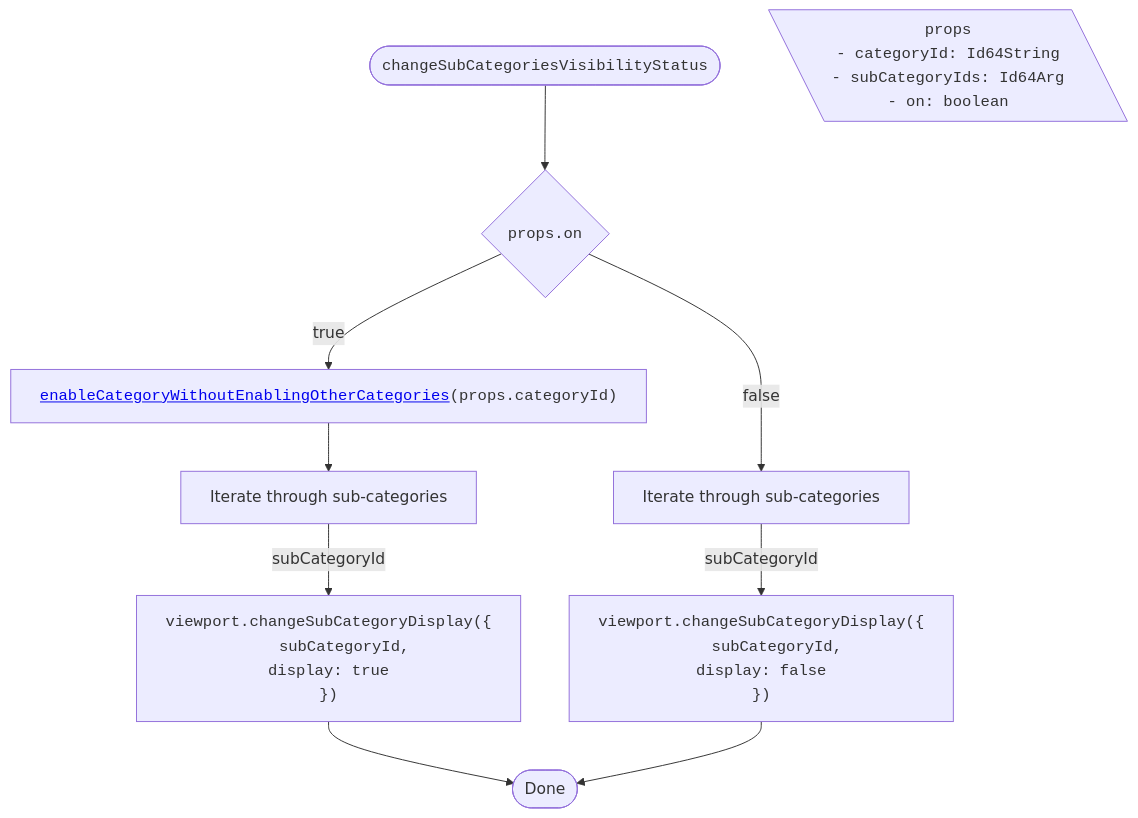
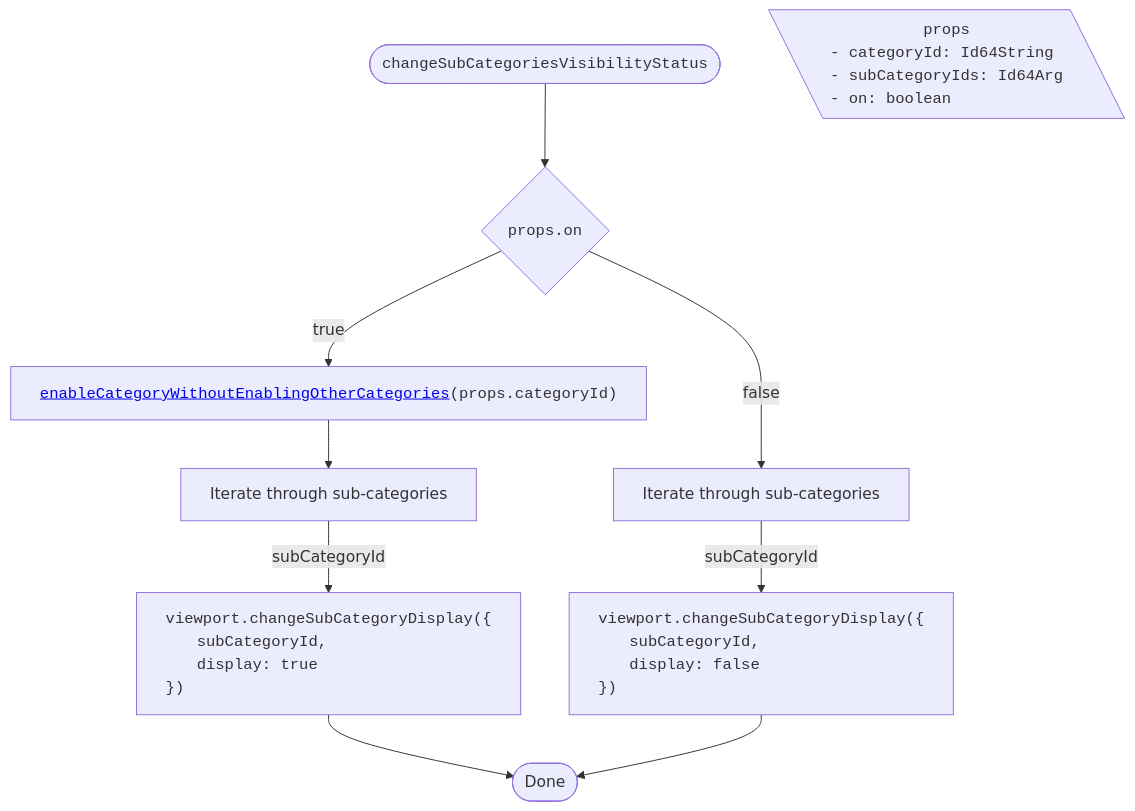
Before and after one commit to iTwin/viewer-components-react: the third of 4 diagrams in packages/itwin/tree-widget/docs/CategoriesTreeVisibilityHandling.md, drawn with Mermaid. The commit also changed other lines of this file and 3 other files, not shown here.

````diff
--- a/packages/itwin/tree-widget/docs/CategoriesTreeVisibilityHandling.md
+++ b/packages/itwin/tree-widget/docs/CategoriesTreeVisibilityHandling.md
@@ -97,37 +97,37 @@
 ```mermaid
 ---
 config:
   flowchart:
     wrappingWidth: 750
     useMaxWidth: false
 ---
 
 flowchart TD
   RESULT_Done([Done])
 
   %% Start
   TITLE(["<code>changeSubCategoriesVisibilityStatus</code>"]) --> A{"<code>props.on</code>"}
 
   PROPS[\"
     <code>props</code>
-    <code style='text-align: left;'>- categoryId: Id64String<br/>- subCategoryIds: Id64Arg<br/>- on: boolean</code>
+    <code style='display: block; text-align: left;'>- categoryId: Id64String<br/>- subCategoryIds: Id64Arg<br/>- on: boolean</code>
   "\]
 
   %% Branch on=true
   A -- true --> B["<code><a href='#enablecategorywithoutenablingothercategories'>enableCategoryWithoutEnablingOtherCategories</a>(props.categoryId)</code>"]
   B --> C["Iterate through sub-categories"]
-  C -- subCategoryId --> C1["<code style='text-align: left;'>viewport.changeSubCategoryDisplay({
-    <code style='padding-left: 2rem'>subCategoryId,
-    display: true</code>
+  C -- subCategoryId --> C1["<code style='display: block; text-align: left;'>viewport.changeSubCategoryDisplay({
+    <code style='padding-left: 2rem'>subCategoryId,</code>
+    <code style='padding-left: 2rem'>display: true</code>
   })</code>"]
 
   %% Branch on=false
   A -- false --> D["Iterate through sub-categories"]
-  D -- subCategoryId --> D1["<code style='text-align: left;'>viewport.changeSubCategoryDisplay({
-    <code style='padding-left: 2rem'>subCategoryId,
-    display: false</code>
+  D -- subCategoryId --> D1["<code style='display: block; text-align: left;'>viewport.changeSubCategoryDisplay({
+    <code style='padding-left: 2rem'>subCategoryId,</code>
+    <code style='padding-left: 2rem'>display: false</code>
     })</code>"]
 
   C1 --> RESULT_Done
   D1 --> RESULT_Done
 ```
````
